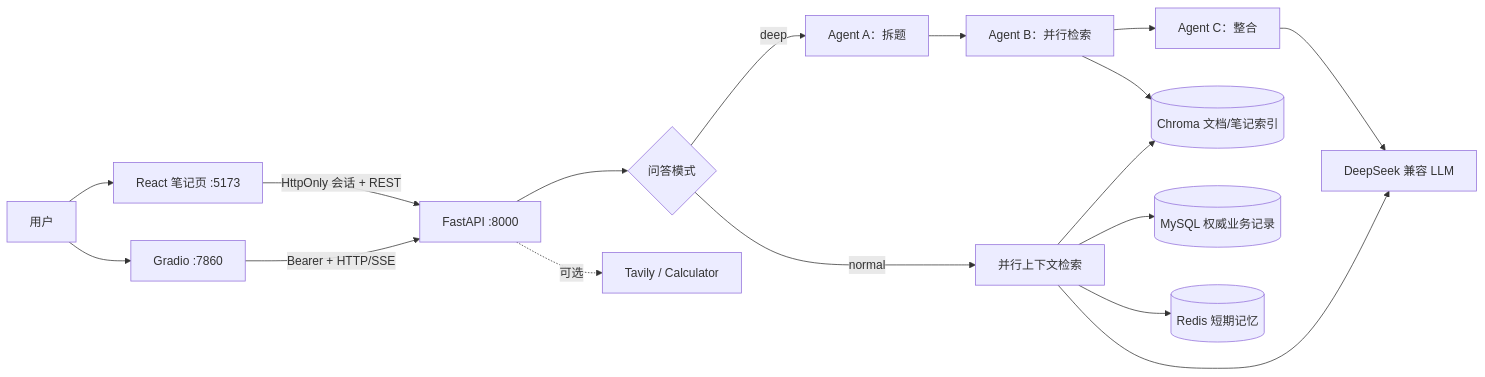
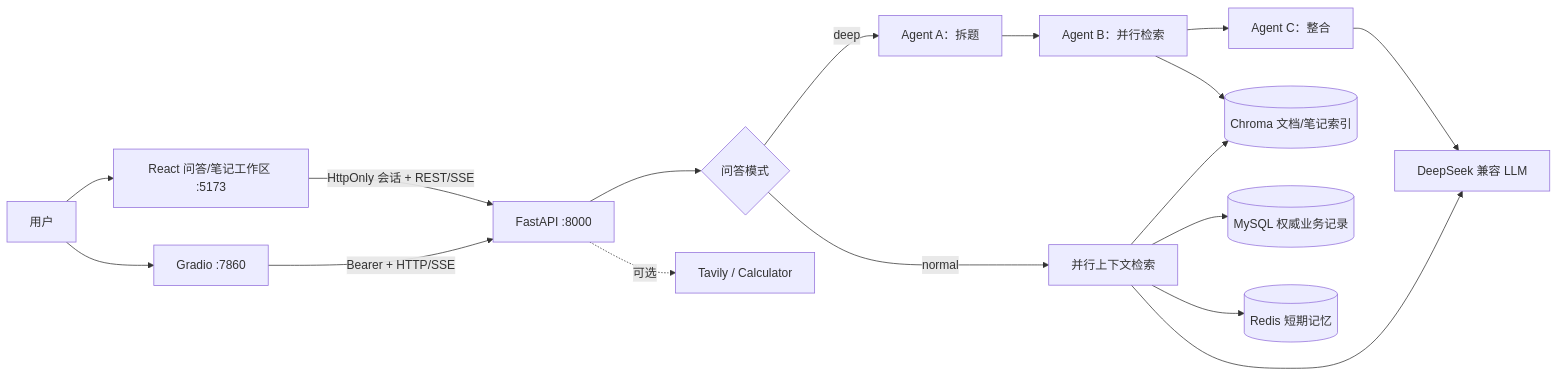
Before and after one commit to louwangss/ai-knowledge-qa: the diagram in README.md, drawn with Mermaid. The commit also changed other lines of this file and 16 other files, not shown here.

````diff
--- a/README.md
+++ b/README.md
@@ -18,21 +18,21 @@
 ```mermaid
 flowchart LR
     U["用户"] --> G["Gradio :7860"]
-    U --> W["React 笔记页 :5173"]
+    U --> W["React 问答/笔记工作区 :5173"]
     G -->|"Bearer + HTTP/SSE"| A["FastAPI :8000"]
-    W -->|"HttpOnly 会话 + REST"| A
+    W -->|"HttpOnly 会话 + REST/SSE"| A
 
     A --> M{"问答模式"}
     M -->|"normal"| R["并行上下文检索"]
     M -->|"deep"| D["Agent A：拆题"]
     D --> E["Agent B：并行检索"]
     E --> S["Agent C：整合"]
 
     R --> C[("Chroma 文档/笔记索引")]
     E --> C
     R --> MY[("MySQL 权威业务记录")]
     R --> RE[("Redis 短期记忆")]
     R --> L["DeepSeek 兼容 LLM"]
     S --> L
     A -. "可选" .-> T["Tavily / Calculator"]
 ```
````
